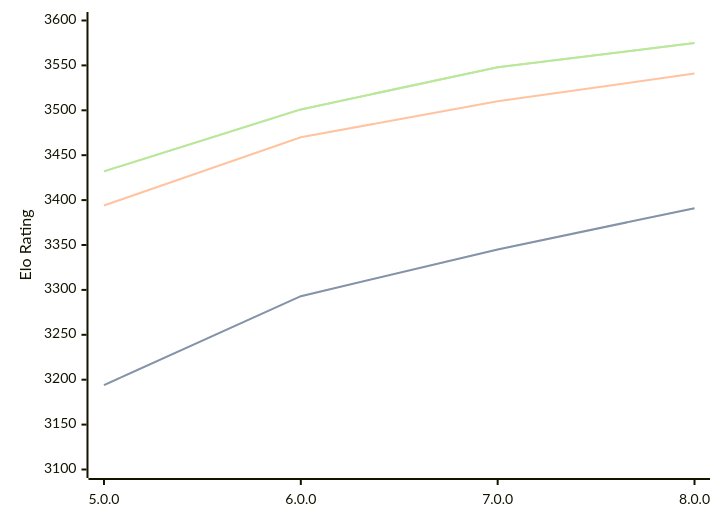
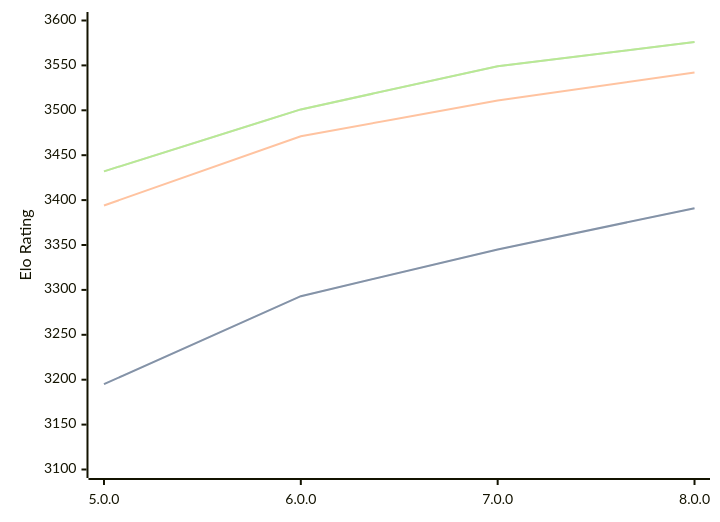
The diagram in engines/Stormphrax.md (computer-chess-index/cci), drawn with Mermaid before and after one commit. The commit also changed other lines of this file, not shown here.

Commit message:
Update CCI Ratings (ELO VLTC) - 2026-08-20

````diff
--- a/engines/Stormphrax.md
+++ b/engines/Stormphrax.md
@@ -34,11 +34,11 @@
 ```mermaid
 %%{init: {"theme":"base","themeVariables":{"seriesColors:['#a3a3a3','#222221','#faa371']}}}%%
 xychart-beta
   x-axis ["5.0.0", "6.0.0", "7.0.0", "8.0.0"]
   y-axis "Elo Rating" 3100 --> 3600
-  line "STC (8.0+0.08s)" [3194, 3293, 3345, 3391]
-  line "STC (8.0+0.08s)" [3194, 3293, 3345, 3391]
-  line "LTC (60.0+0.60s)" [3394, 3470, 3510, 3541]
-  line "VLTC (2m24s+1.12s)" [3432, 3501, 3548, 3575]
-  line "VLTC (2m24s+1.12s)" [3432, 3501, 3548, 3575]
+  line "STC (8.0+0.08s)" [3195, 3293, 3345, 3391]
+  line "STC (8.0+0.08s)" [3195, 3293, 3345, 3391]
+  line "LTC (60.0+0.60s)" [3394, 3471, 3511, 3542]
+  line "VLTC (2m24s+1.12s)" [3432, 3501, 3549, 3576]
+  line "VLTC (2m24s+1.12s)" [3432, 3501, 3549, 3576]
 ```
````
